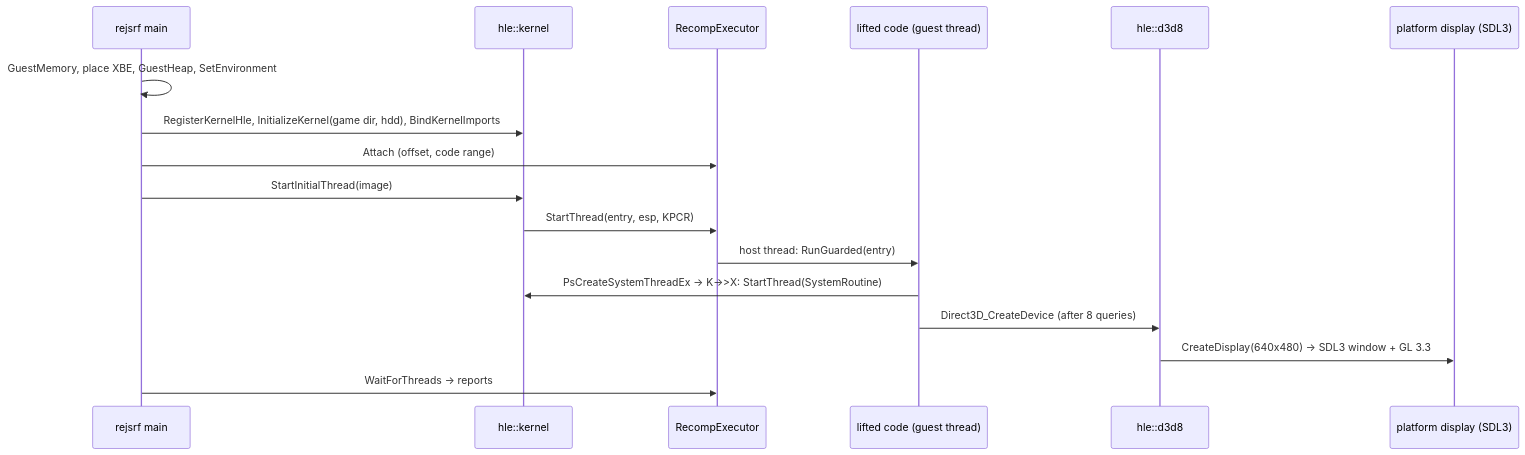
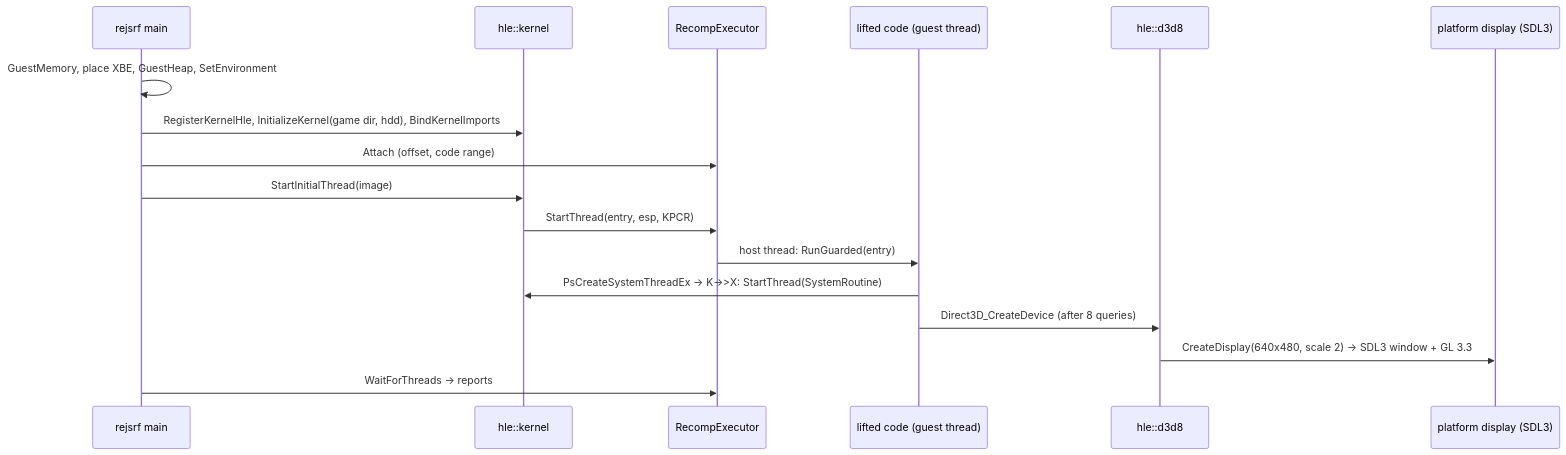
The third of 3 diagrams in ARCHITECTURE.md (nworkers/reJSRF), drawn with Mermaid before and after one commit. The commit also changed other lines of this file and 10 other files, not shown here.

First line of the commit message:
Display: rePIU-style title with build time and FPS, resizable 2x window, Alt+1/2/3 scales, borderless fullscreen toggle (#31)

````diff
--- a/ARCHITECTURE.md
+++ b/ARCHITECTURE.md
@@ -119,19 +119,19 @@
 ```mermaid
 sequenceDiagram
     participant App as rejsrf main
     participant K as hle::kernel
     participant X as RecompExecutor
     participant G as lifted code (guest thread)
     participant D3D as hle::d3d8
     participant P as platform display (SDL3)
     App->>App: GuestMemory, place XBE, GuestHeap, SetEnvironment
     App->>K: RegisterKernelHle, InitializeKernel(game dir, hdd), BindKernelImports
     App->>X: Attach (offset, code range)
     App->>K: StartInitialThread(image)
     K->>X: StartThread(entry, esp, KPCR)
     X->>G: host thread: RunGuarded(entry)
     G->>K: PsCreateSystemThreadEx -> K->>X: StartThread(SystemRoutine)
     G->>D3D: Direct3D_CreateDevice (after 8 queries)
-    D3D->>P: CreateDisplay(640x480) -> SDL3 window + GL 3.3
+    D3D->>P: CreateDisplay(640x480, scale 2) -> SDL3 window + GL 3.3
     App->>X: WaitForThreads -> reports
 ```
````
